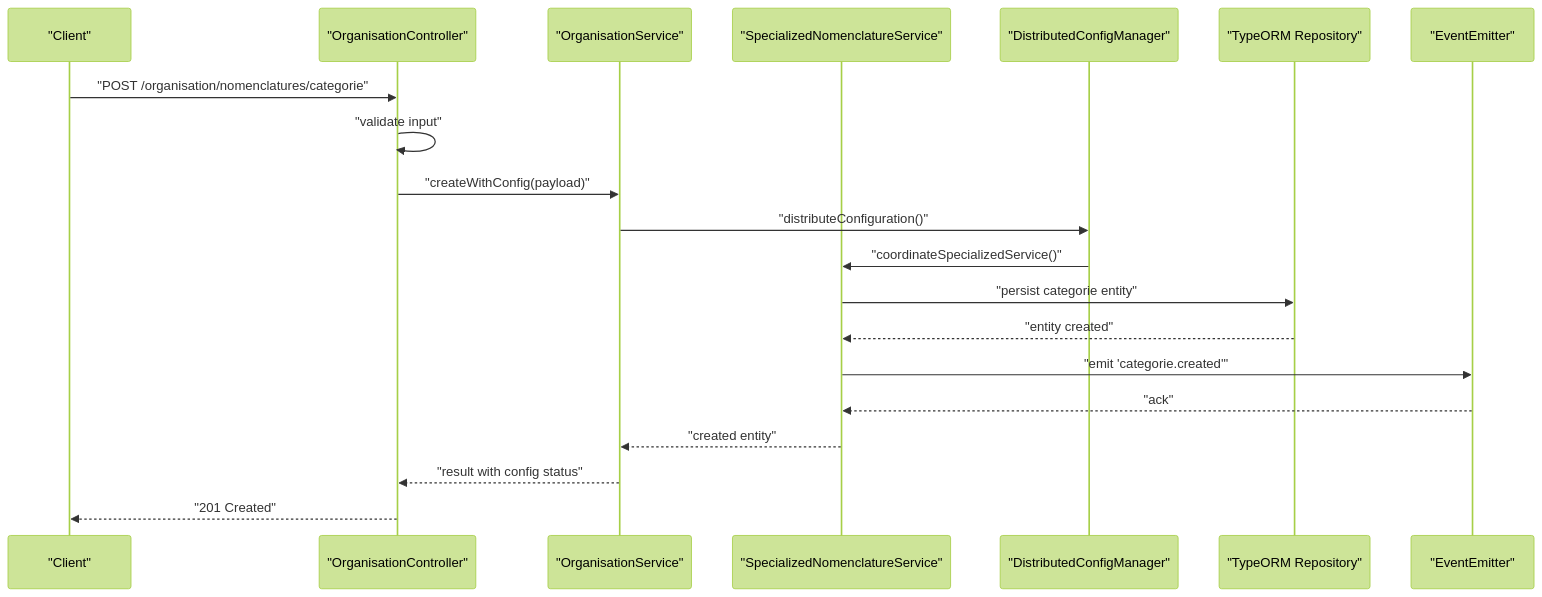
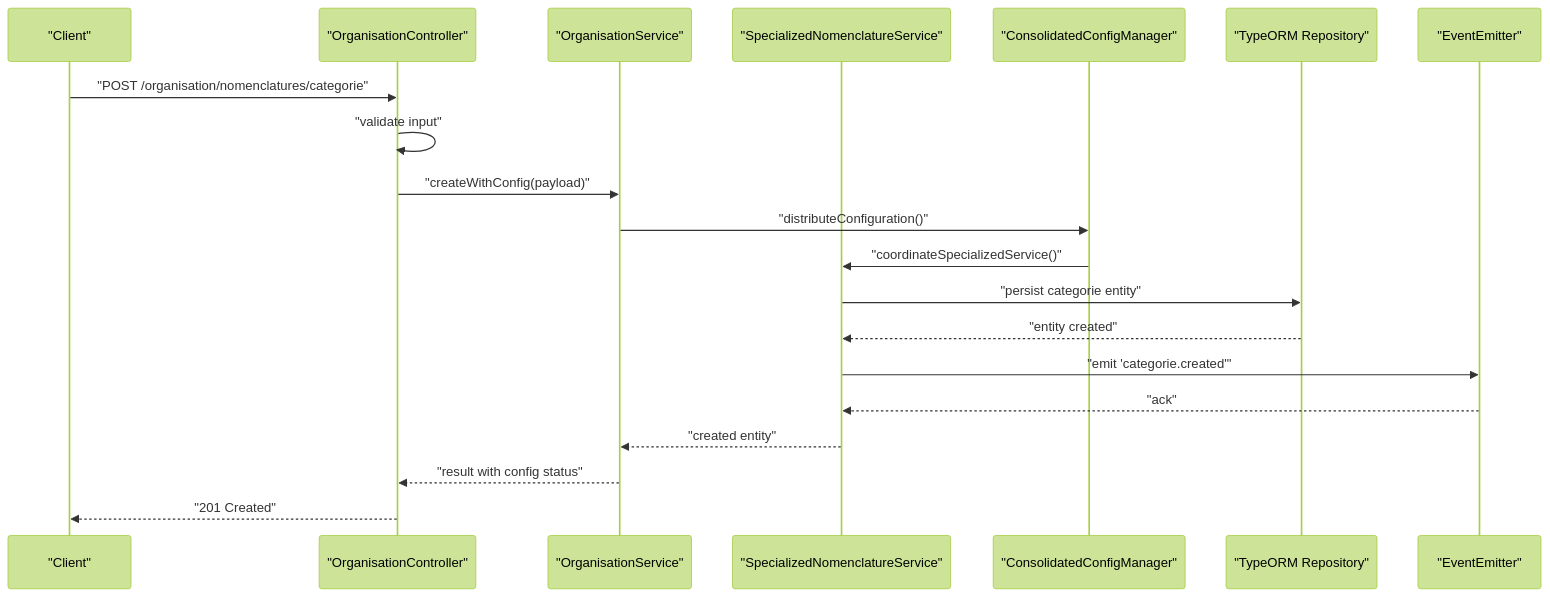
Before and after one commit to franckylab/eLISAschool: the seventh of 19 diagrams in .qoder/repowiki/en/content/System Architecture/Backend Architecture/Backend Architecture.md, drawn with Mermaid (forest theme). The commit also changed other lines of this file and 97 other files, not shown here.

````diff
--- a/.qoder/repowiki/en/content/System Architecture/Backend Architecture/Backend Architecture.md
+++ b/.qoder/repowiki/en/content/System Architecture/Backend Architecture/Backend Architecture.md
@@ -345,22 +425,22 @@
 ```mermaid
 sequenceDiagram
 participant Client as "Client"
 participant Controller as "OrganisationController"
 participant OrgService as "OrganisationService"
 participant NomenclatureSvc as "SpecializedNomenclatureService"
-participant ConfigMgr as "DistributedConfigManager"
+participant ConfigMgr as "ConsolidatedConfigManager"
 participant DB as "TypeORM Repository"
 participant Events as "EventEmitter"
 Client->>Controller : "POST /organisation/nomenclatures/categorie"
 Controller->>Controller : "validate input"
 Controller->>OrgService : "createWithConfig(payload)"
 OrgService->>ConfigMgr : "distributeConfiguration()"
 ConfigMgr->>NomenclatureSvc : "coordinateSpecializedService()"
 NomenclatureSvc->>DB : "persist categorie entity"
 DB-->>NomenclatureSvc : "entity created"
 NomenclatureSvc->>Events : "emit 'categorie.created'"
 Events-->>NomenclatureSvc : "ack"
 NomenclatureSvc-->>OrgService : "created entity"
 OrgService-->>Controller : "result with config status"
 Controller-->>Client : "201 Created"
 ```
````
